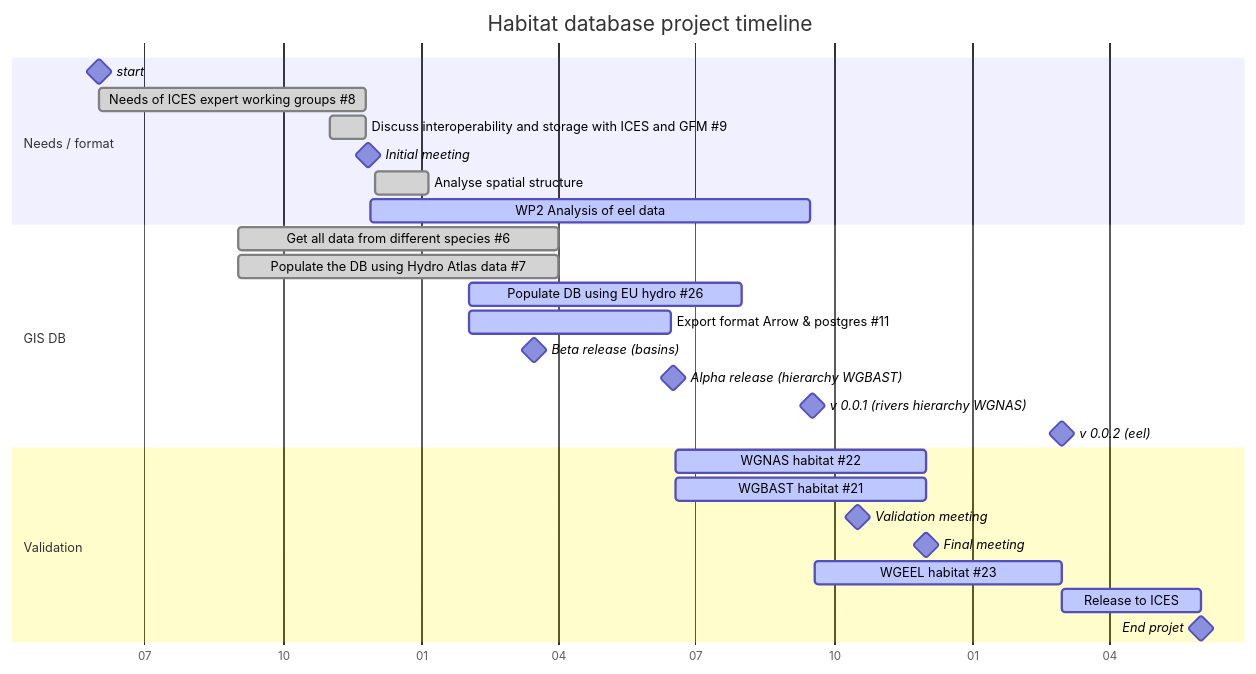
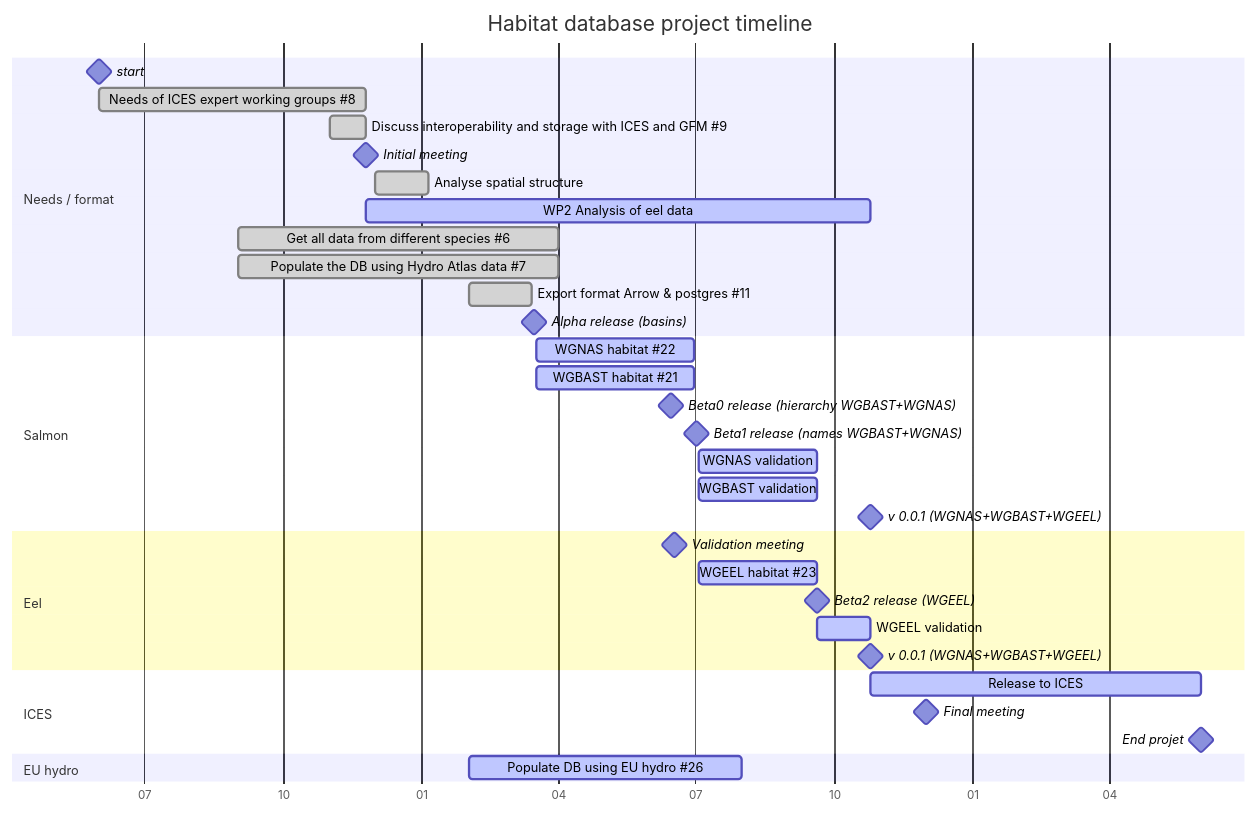
Before and after one commit to DIASPARAproject/WP3_migdb: the first of 3 diagrams in R/diaspara_timeline.qmd, drawn with Mermaid. The commit also changed other lines of this file, not shown here.

Commit message:
dev : timeline

````diff
--- a/R/diaspara_timeline.qmd
+++ b/R/diaspara_timeline.qmd
@@ -28,41 +28,55 @@
 ```{mermaid}
 gantt
     title Habitat database project timeline
     dateFormat  YYYY-MM-DD
     axisFormat  %m
     todayMarker stroke-width:5px,stroke:#0f0,opacity:0.5
 
 
     section Build river referentials
 
 
 
     section Needs / format
     start   :milestone, start, 2024-06-01, 0d
     Needs of ICES expert working groups #8 :done, 2024-06-01, until init
     Discuss interoperability and storage with ICES and GFM #9 :done, 2024-11-01, until init
-    Initial meeting   :milestone, init, 2024-11-25, 3d
+    Initial meeting   :milestone, init, 2024-11-25, 0d
     Analyse spatial structure :done, 2024-12-01, 5w
     WP2 Analysis of eel data :active, after init, until v1
-    section GIS DB
- 
     Get all data from different species  #6 :done, 2024-09-01, 7M
     Populate the DB using Hydro Atlas data  #7 :done, 2024-09-01, 7M
-    Populate DB using EU hydro #26 :active, 2025-02-01, 6M 
-    Export format Arrow & postgres #11 :active, 2025-02-01, until alpha
-    Beta release (basins)   :milestone, beta, 2025-03-15, 3d
-    Alpha release (hierarchy WGBAST)   :milestone, alpha, 2025-06-15, 3d
-    v 0.0.1 (rivers hierarchy WGNAS)   :milestone, v1, 2025-09-15, 3d
-    v 0.0.2 (eel)   :milestone, v2, 2026-03-01, 0d
+    Export format Arrow & postgres #11 :done, 2025-02-01, until alpha
+    Alpha release (basins)   :milestone, alpha, 2025-03-15, 3d
+
+    section Salmon 
 
 
-    section Validation
-    WGNAS habitat #22 :active, after alpha, until final
-    WGBAST habitat #21 :active, after alpha, until final
-    Validation meeting: milestone, valid, 2025-10-15, 3d
+
+    WGNAS habitat #22 :active, after alpha, until beta
+    WGBAST habitat #21 :active, after alpha, until beta
+    Beta0 release (hierarchy WGBAST+WGNAS)   :milestone, beta, 2025-06-15, 0d
+    Beta1 release (names WGBAST+WGNAS)   :milestone, beta, 2025-06-30, 3d
+    WGNAS validation :active, after beta, until beta2
+    WGBAST validation :active, after beta, until beta2
+    v 0.0.1 (WGNAS+WGBAST+WGEEL)   :milestone, v1,  2025-10-25, 0d
+
+    section Eel
+
+    Validation meeting: milestone, valid, 2025-06-17, 0d
+
+    WGEEL habitat #23 :active, after beta, until beta2
+    Beta2 release (WGEEL) :milestone, beta2, 2025-09-20, 0d
+    WGEEL validation :active, after beta2, until v1
+    v 0.0.1 (WGNAS+WGBAST+WGEEL)   :milestone, v1,  2025-10-25, 0d
+
+    Section ICES 
+
+    Release to ICES: active, after v1, until end
     Final meeting   :milestone, final, 2025-12-01, 0d
-    WGEEL habitat #23 :active, after v1, until v2
-    Release to ICES: active, after v2, until end
+    End projet   :milestone, end, 2026-06-01, 0d
 
-    End projet   :milestone, end, 2026-06-01, 0d
+    section EU hydro
+
+     Populate DB using EU hydro #26 :active, 2025-02-01, 6M 
 ```
````
